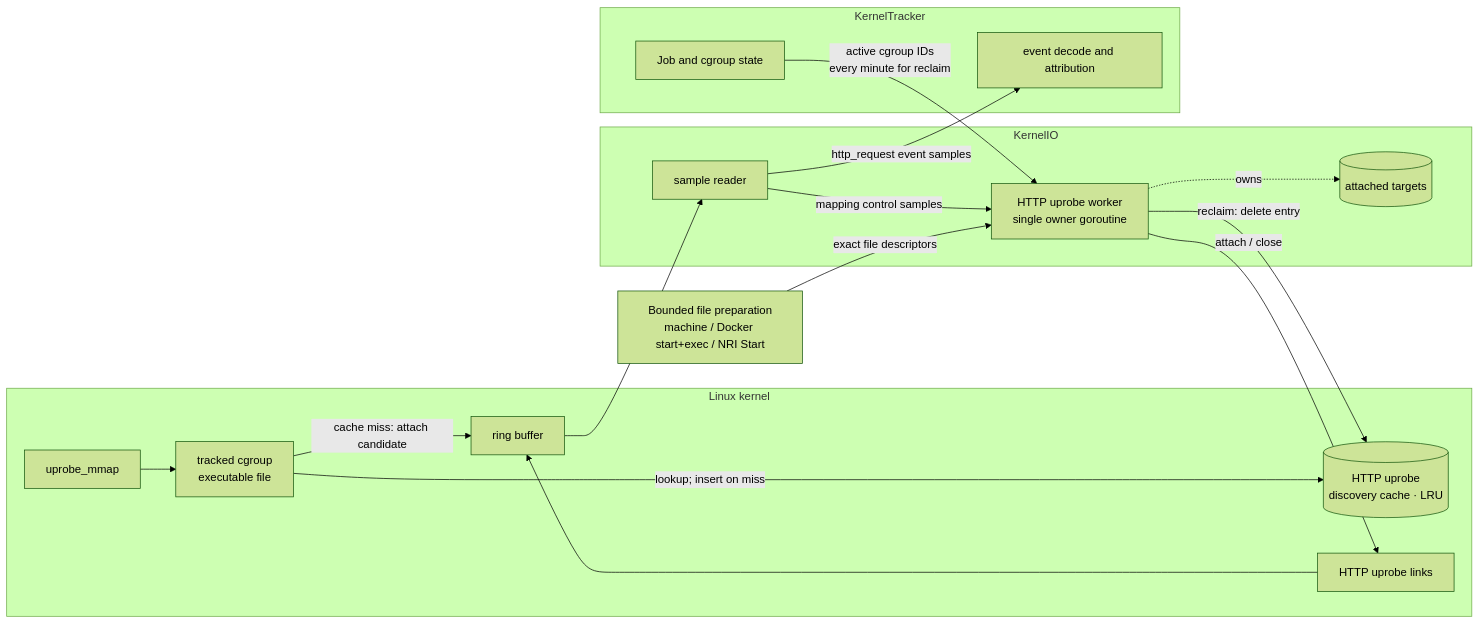
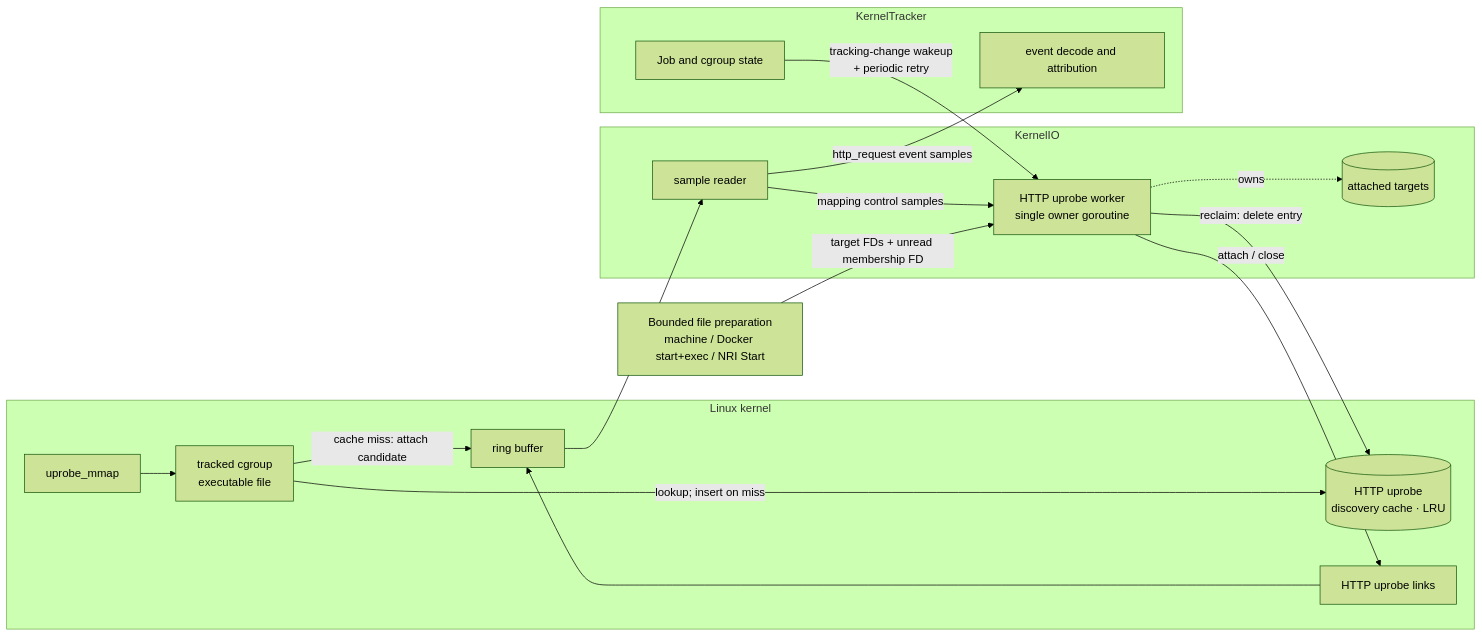
Before and after one commit to cicd-sensor/cicd-sensor: the first of 5 diagrams in docs/developer-guide/ebpf/http-uprobes.md, drawn with Mermaid (forest theme). The commit also changed other lines of this file and 71 other files, not shown here.

````diff
--- a/docs/developer-guide/ebpf/http-uprobes.md
+++ b/docs/developer-guide/ebpf/http-uprobes.md
@@ -43,36 +93,36 @@
 ```mermaid
 flowchart LR
     subgraph KERNEL["Linux kernel"]
         MMAP["uprobe_mmap"]
         FILTER["tracked cgroup<br/>executable file"]
         CACHE[("HTTP uprobe<br/>discovery cache · LRU")]
         LINKS["HTTP uprobe links"]
         EVENTS["ring buffer"]
         MMAP --> FILTER
         FILTER -->|"lookup; insert on miss"| CACHE
         FILTER -->|"cache miss: attach candidate"| EVENTS
         LINKS --> EVENTS
     end
 
     subgraph KIO["KernelIO"]
         READER["sample reader"]
         WORKER["HTTP uprobe worker<br/>single owner goroutine"]
         TARGETS[("attached targets")]
         READER -->|"mapping control samples"| WORKER
         WORKER -.->|"owns"| TARGETS
     end
 
     PREP["Bounded file preparation<br/>machine / Docker start+exec / NRI Start"]
-    PREP -->|"exact file descriptors"| WORKER
+    PREP -->|"target FDs + unread membership FD"| WORKER
 
     subgraph KT["KernelTracker"]
         CGROUPS["Job and cgroup state"]
         DECODE["event decode and attribution"]
     end
 
     EVENTS --> READER
     WORKER -->|"attach / close"| LINKS
     WORKER -->|"reclaim: delete entry"| CACHE
-    CGROUPS -->|"active cgroup IDs<br/>every minute for reclaim"| WORKER
+    CGROUPS -->|"tracking-change wakeup<br/>+ periodic retry"| WORKER
     READER -->|"http_request event samples"| DECODE
 ```
````
